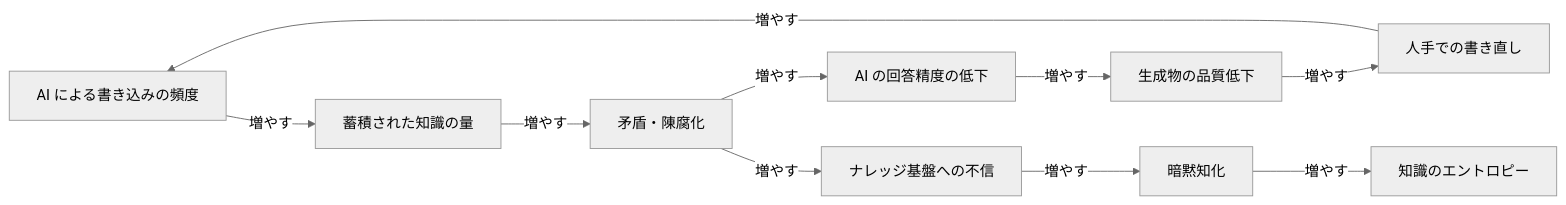
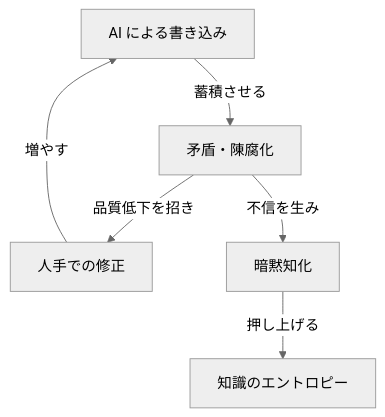
Before and after one commit to iwasa-kosui/monorepo: the seventh of 8 diagrams in apps/kosui-me/src/content/posts/2026-04-29-knowledge-entropy-and-normative-layer.mdx, drawn with Mermaid (neutral theme). The commit also changed other lines of this file and 5 other files, not shown here.

First line of the commit message:
feat(kosui-me): 知識エントロピー記事に挿絵を追加し因果ループ図を簡素化 (#410)

````diff
--- a/apps/kosui-me/src/content/posts/2026-04-29-knowledge-entropy-and-normative-layer.mdx
+++ b/apps/kosui-me/src/content/posts/2026-04-29-knowledge-entropy-and-normative-layer.mdx
@@ -164,22 +152,14 @@
 ```mermaid
-flowchart LR
-    A["AI による書き込みの頻度"]
-    B["蓄積された知識の量"]
+flowchart TD
+    A["AI による書き込み"]
     C["矛盾・陳腐化"]
-    D["AI の回答精度の低下"]
-    E["生成物の品質低下"]
-    F["人手での書き直し"]
-    G["ナレッジ基盤への不信"]
+    F["人手での修正"]
     H["暗黙知化"]
     I["知識のエントロピー"]
 
-    A -->|増やす| B
-    B -->|増やす| C
-    C -->|増やす| D
-    D -->|増やす| E
-    E -->|増やす| F
+    A -->|蓄積させる| C
+    C -->|品質低下を招き| F
     F -->|増やす| A
-    C -->|増やす| G
-    G -->|増やす| H
-    H -->|増やす| I
+    C -->|不信を生み| H
+    H -->|押し上げる| I
 ```
````
